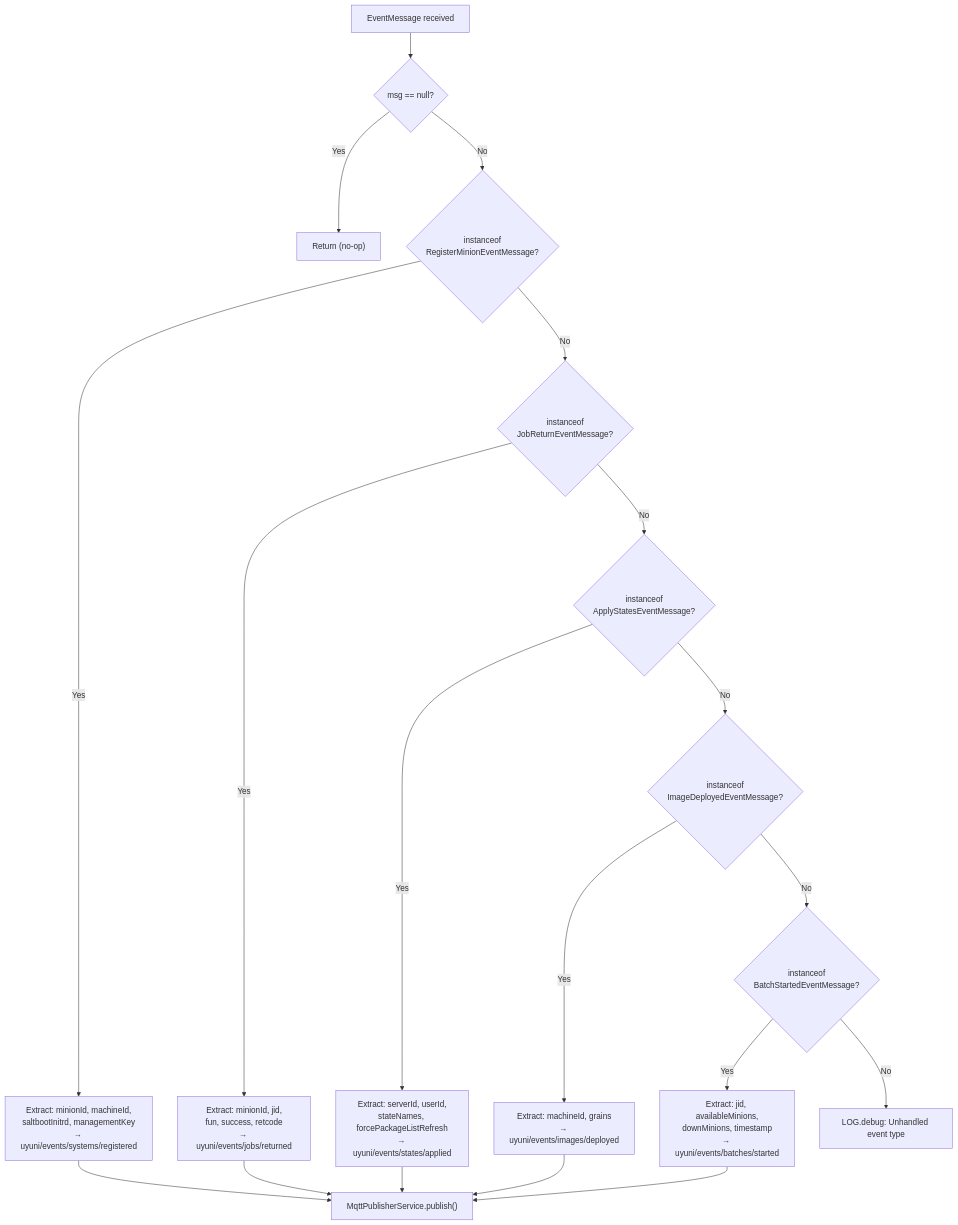
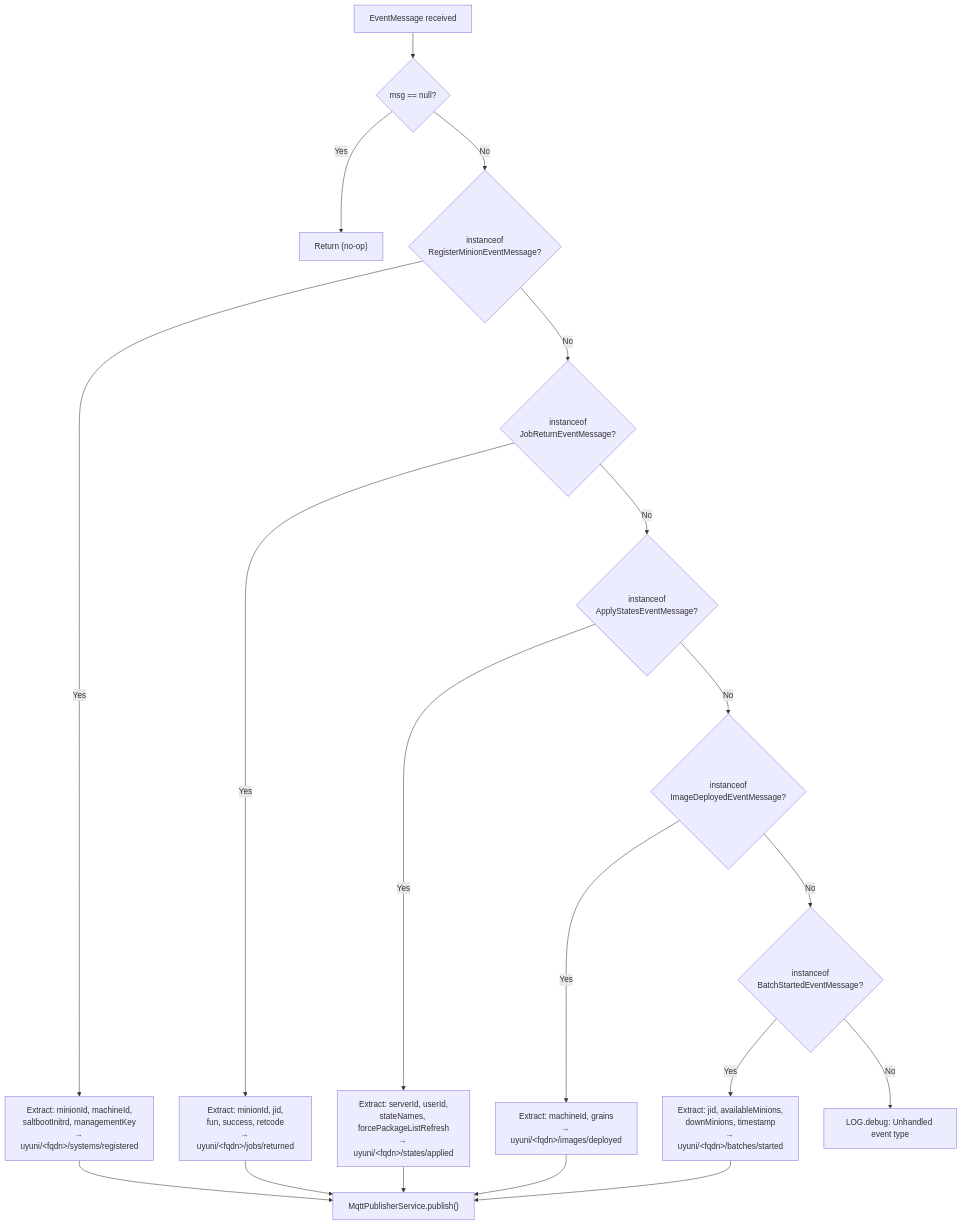
One commit to uyuni-project/uyuni-rfc changed the seventh of 10 diagrams in accepted/00000-mqtt-event-publisher.md. Above: the diagram before and after it, drawn with Mermaid. The commit also changed other lines of this file, not shown here.

First line of the commit message:
rfc: update topic naming to use server FQDN

````diff
--- a/accepted/00000-mqtt-event-publisher.md
+++ b/accepted/00000-mqtt-event-publisher.md
@@ -303,22 +312,22 @@
 ```mermaid
 flowchart TD
     msg["EventMessage received"] --> null_check{"msg == null?"}
     null_check -- Yes --> discard["Return (no-op)"]
     null_check -- No --> reg{"instanceof<br/>RegisterMinionEventMessage?"}
-    reg -- Yes --> handle_reg["Extract: minionId, machineId,<br/>saltbootInitrd, managementKey<br/>→ uyuni/events/systems/registered"]
+    reg -- Yes --> handle_reg["Extract: minionId, machineId,<br/>saltbootInitrd, managementKey<br/>→ uyuni/&lt;fqdn&gt;/systems/registered"]
     reg -- No --> job{"instanceof<br/>JobReturnEventMessage?"}
-    job -- Yes --> handle_job["Extract: minionId, jid,<br/>fun, success, retcode<br/>→ uyuni/events/jobs/returned"]
+    job -- Yes --> handle_job["Extract: minionId, jid,<br/>fun, success, retcode<br/>→ uyuni/&lt;fqdn&gt;/jobs/returned"]
     job -- No --> apply{"instanceof<br/>ApplyStatesEventMessage?"}
-    apply -- Yes --> handle_apply["Extract: serverId, userId,<br/>stateNames, forcePackageListRefresh<br/>→ uyuni/events/states/applied"]
+    apply -- Yes --> handle_apply["Extract: serverId, userId,<br/>stateNames, forcePackageListRefresh<br/>→ uyuni/&lt;fqdn&gt;/states/applied"]
     apply -- No --> image{"instanceof<br/>ImageDeployedEventMessage?"}
-    image -- Yes --> handle_image["Extract: machineId, grains<br/>→ uyuni/events/images/deployed"]
+    image -- Yes --> handle_image["Extract: machineId, grains<br/>→ uyuni/&lt;fqdn&gt;/images/deployed"]
     image -- No --> batch{"instanceof<br/>BatchStartedEventMessage?"}
-    batch -- Yes --> handle_batch["Extract: jid, availableMinions,<br/>downMinions, timestamp<br/>→ uyuni/events/batches/started"]
+    batch -- Yes --> handle_batch["Extract: jid, availableMinions,<br/>downMinions, timestamp<br/>→ uyuni/&lt;fqdn&gt;/batches/started"]
     batch -- No --> log_debug["LOG.debug: Unhandled event type"]
 
     handle_reg --> publish["MqttPublisherService.publish()"]
     handle_job --> publish
     handle_apply --> publish
     handle_image --> publish
     handle_batch --> publish
 ```
````
